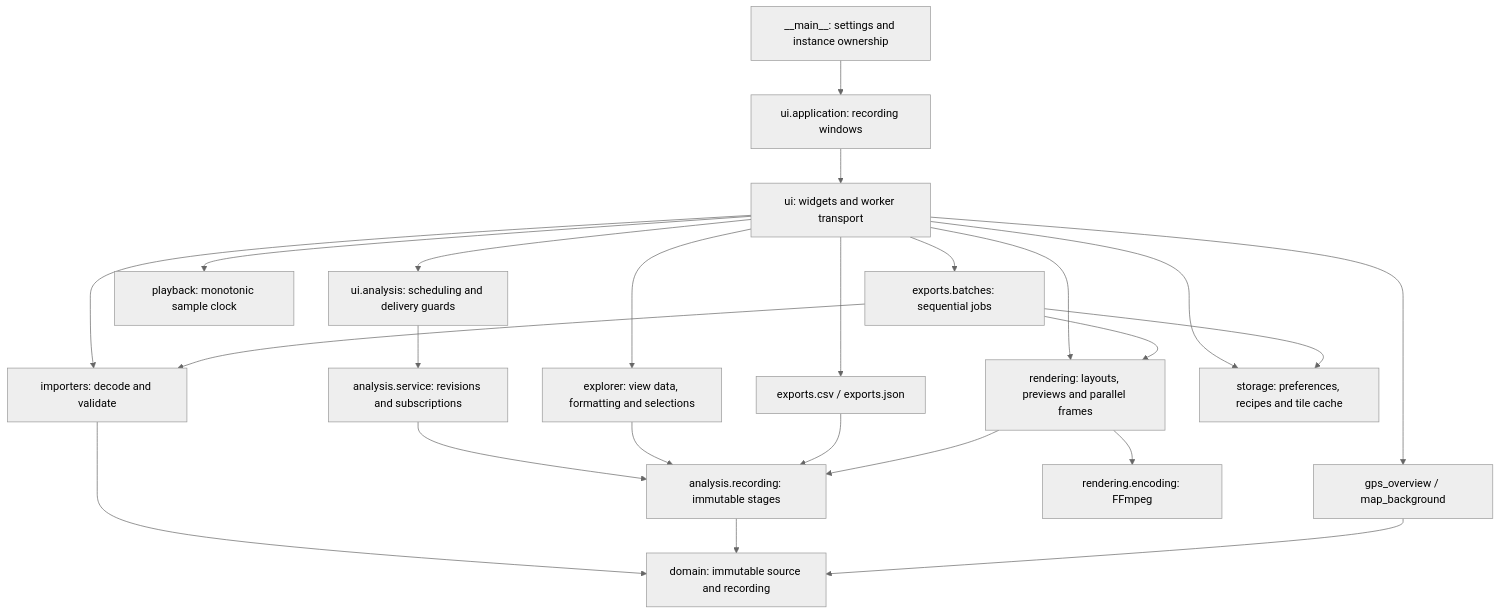
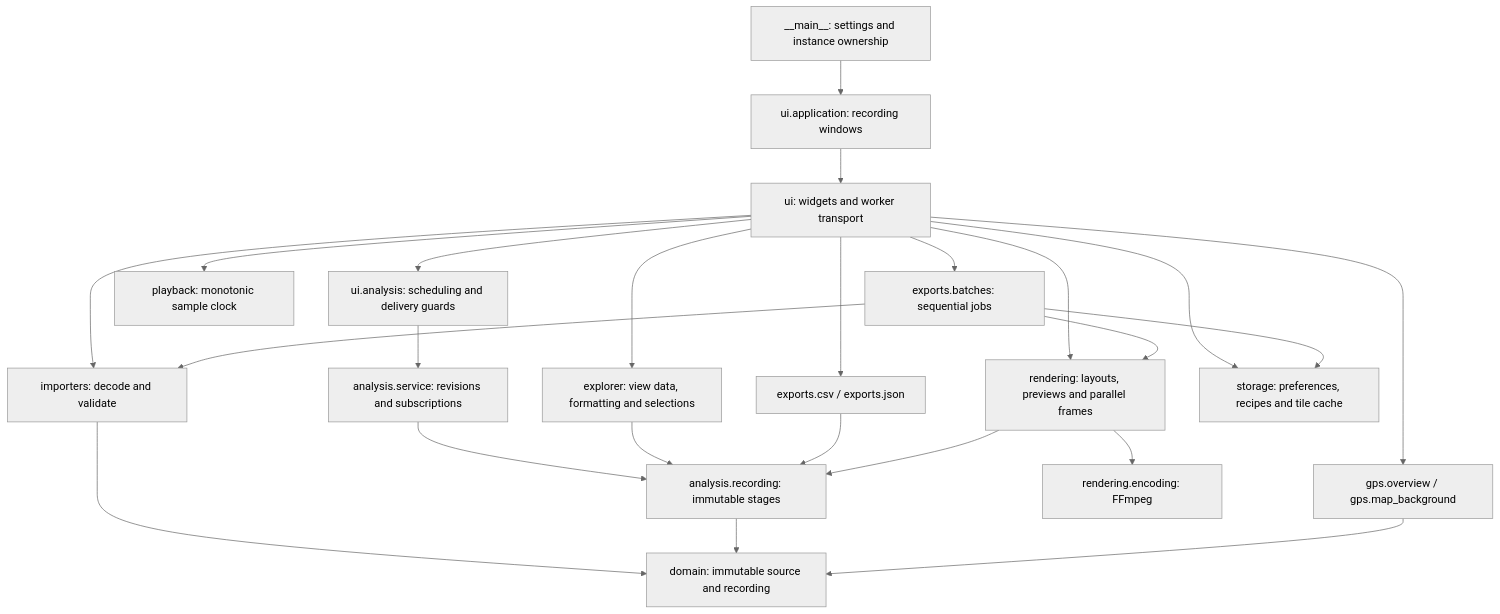
One commit to rudnerbjoern/ride-forces-analyzer changed the diagram in docs/architecture/05_building_block_view.md. Above: the diagram before and after it, drawn with Mermaid (neutral theme). The commit also changed other lines of this file and 72 other files, not shown here.

````diff
--- a/docs/architecture/05_building_block_view.md
+++ b/docs/architecture/05_building_block_view.md
@@ -7,26 +7,26 @@
 ```mermaid
 flowchart TB
     Entry["__main__: settings and instance ownership"] --> Application["ui.application: recording windows"]
     Application --> UI["ui: widgets and worker transport"]
     UI --> Importer["importers: decode and validate"]
     Importer --> Domain["domain: immutable source and recording"]
     UI --> Controller["ui.analysis: scheduling and delivery guards"]
     Controller --> Service["analysis.service: revisions and subscriptions"]
     Service --> Analysis["analysis.recording: immutable stages"]
     Analysis --> Domain
     UI --> Presentation["explorer: view data, formatting and selections"]
     Presentation --> Analysis
     UI --> Playback["playback: monotonic sample clock"]
-    UI --> GPS["gps_overview / map_background"]
+    UI --> GPS["gps.overview / gps.map_background"]
     GPS --> Domain
     UI --> Data["exports.csv / exports.json"]
     Data --> Analysis
     UI --> Rendering["rendering: layouts, previews and parallel frames"]
     Rendering --> Analysis
     Rendering --> Encoding["rendering.encoding: FFmpeg"]
     UI --> Batches["exports.batches: sequential jobs"]
     Batches --> Importer
     Batches --> Rendering
     UI --> Storage["storage: preferences, recipes and tile cache"]
     Batches --> Storage
 ```
````
